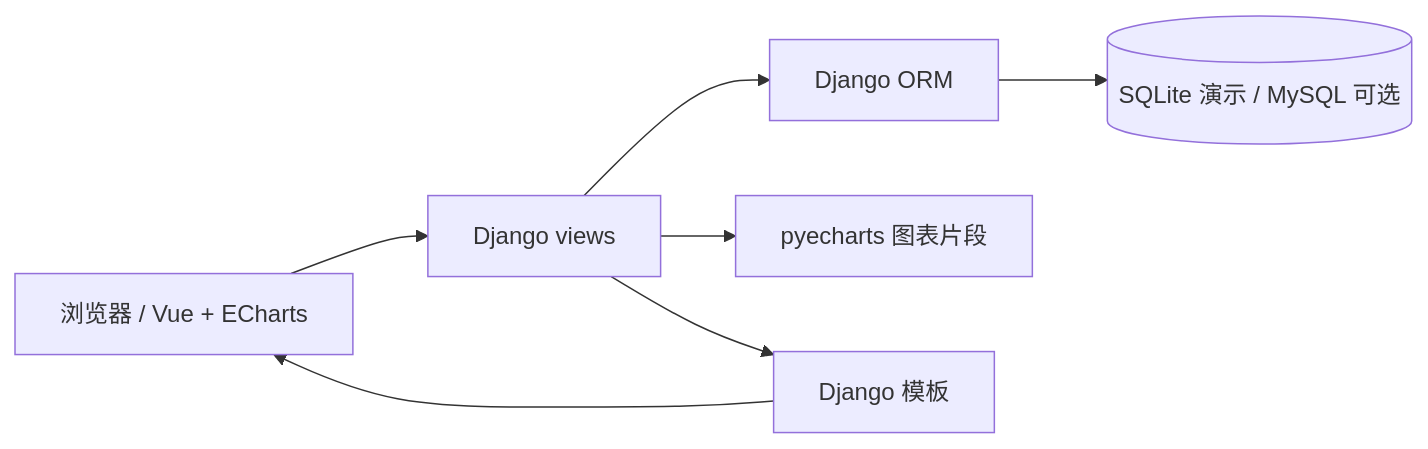
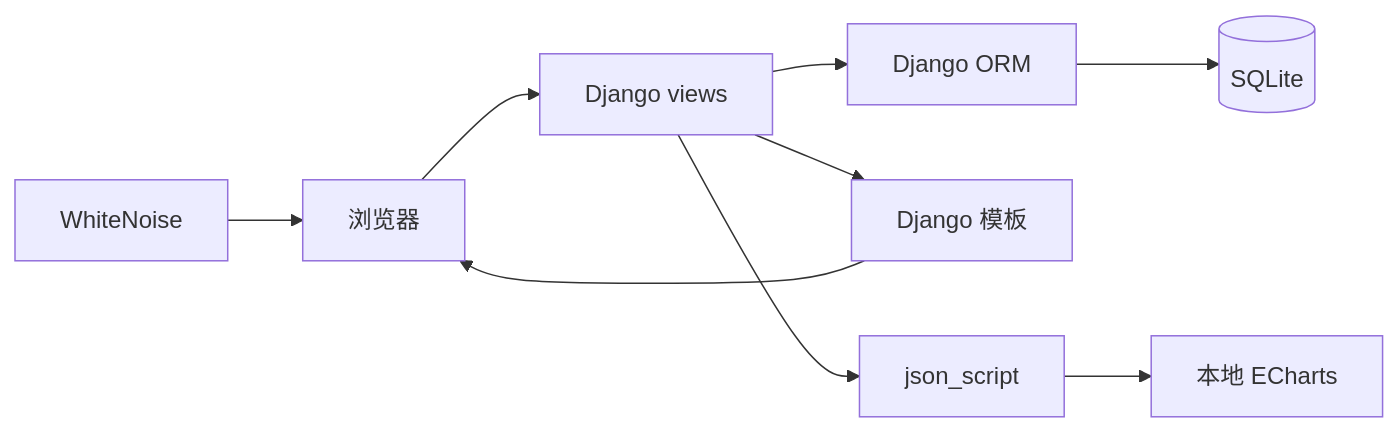
The diagram in docs/PROJECT_REPORT.md (ningbojian/shiyuan), drawn with Mermaid before and after one commit. The commit also changed other lines of this file and 132 other files, not shown here.

````diff
--- a/docs/PROJECT_REPORT.md
+++ b/docs/PROJECT_REPORT.md
@@ -50,9 +32,11 @@
 ```mermaid
 flowchart LR
-    Browser[浏览器 / Vue + ECharts] --> Django[Django views]
-    Django --> ORM[Django ORM]
-    ORM --> DB[(SQLite 演示 / MySQL 可选)]
-    Django --> Pyecharts[pyecharts 图表片段]
-    Django --> Templates[Django 模板]
-    Templates --> Browser
+    B[浏览器] --> V[Django views]
+    V --> ORM[Django ORM]
+    ORM --> DB[(SQLite)]
+    V --> T[Django 模板]
+    T --> B
+    V --> J[json_script]
+    J --> E[本地 ECharts]
+    W[WhiteNoise] --> B
 ```
````
